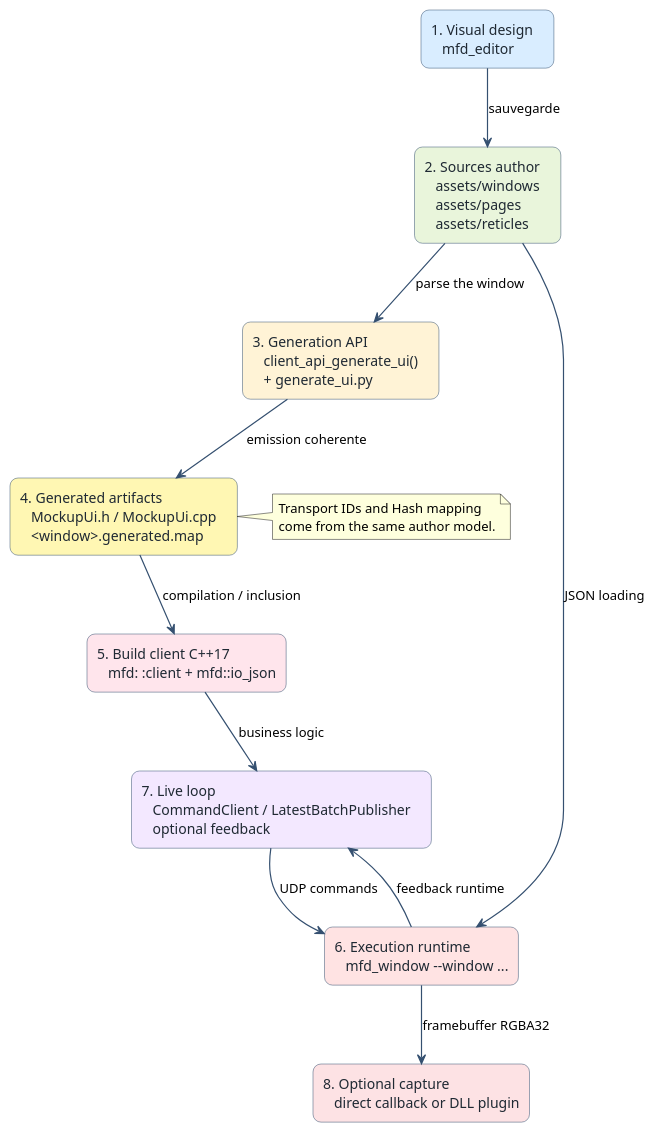
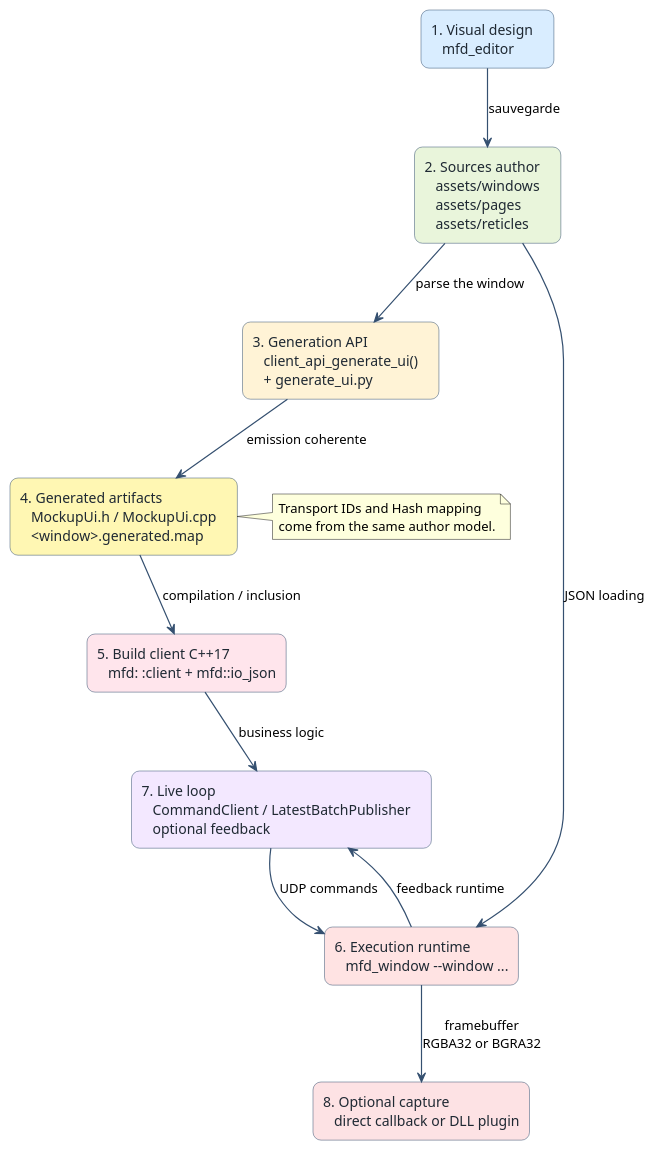
The diagram in docs/user_guide/diagrams/02_authoring_runtime_pipeline.puml (benoitfragit/MFDStudio), drawn with PlantUML before and after one commit. The commit also changed 19 other files, not shown here.

```diff
--- a/docs/user_guide/diagrams/02_authoring_runtime_pipeline.puml
+++ b/docs/user_guide/diagrams/02_authoring_runtime_pipeline.puml
@@ -1,37 +1,37 @@
 @startuml
 skinparam backgroundColor #FFFFFF
 skinparam shadowing false
 skinparam defaultFontName Segoe UI
 skinparam ArrowColor #355070
 skinparam ArrowThickness 1.2
 skinparam rectangle {
   RoundCorner 16
   BorderColor #355070
   FontColor #1F2933
 }
 top to bottom direction
 
 rectangle "1. Visual design   \n   mfd_editor" as Step1 #D9EDFF
 rectangle "2. Sources author   \n   assets/windows   \n   assets/pages   \n   assets/reticles" as Step2 #E9F5DB
 rectangle "3. Generation API   \n   client_api_generate_ui()   \n   + generate_ui.py" as Step3 #FFF3D6
 rectangle "4. Generated artifacts   \n   MockupUi.h / MockupUi.cpp   \n   <window>.generated.map" as Step4 #FFF7B3
 rectangle "5. Build client C++17   \n   mfd: :client + mfd::io_json" as Step5 #FFE5EC
 rectangle "6. Execution runtime   \n   mfd_window --window ..." as Step6 #FFE3E3
 rectangle "7. Live loop   \n   CommandClient / LatestBatchPublisher   \n   optional feedback" as Step7 #F3E8FF
 rectangle "8. Optional capture   \n   direct callback or DLL plugin" as Step8 #FDE2E4
 
 Step1 --> Step2 : sauvegarde
 Step2 --> Step3 : parse the window
 Step3 --> Step4 : emission coherente
 Step4 --> Step5 : compilation / inclusion
 Step2 --> Step6 : JSON loading
 Step5 --> Step7 : business logic
 Step7 --> Step6 : UDP commands
 Step6 --> Step7 : feedback runtime
-Step6 --> Step8 : framebuffer RGBA32
+Step6 --> Step8 : framebuffer\nRGBA32 or BGRA32
 
 note right of Step4
 Transport IDs and Hash mapping
 come from the same author model.
 end note
 @enduml
```
